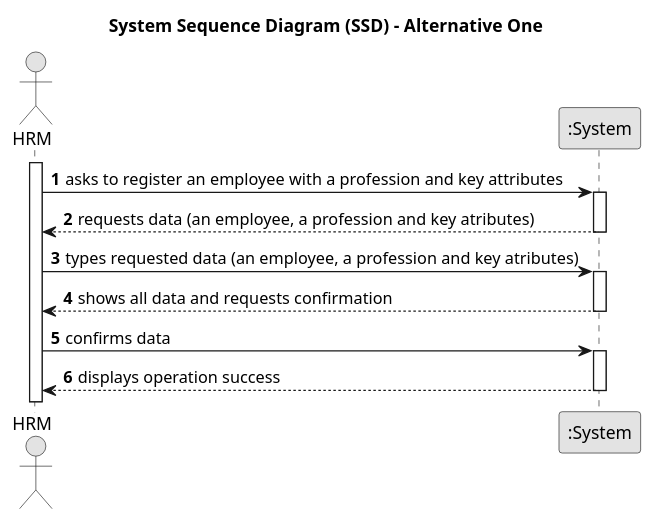
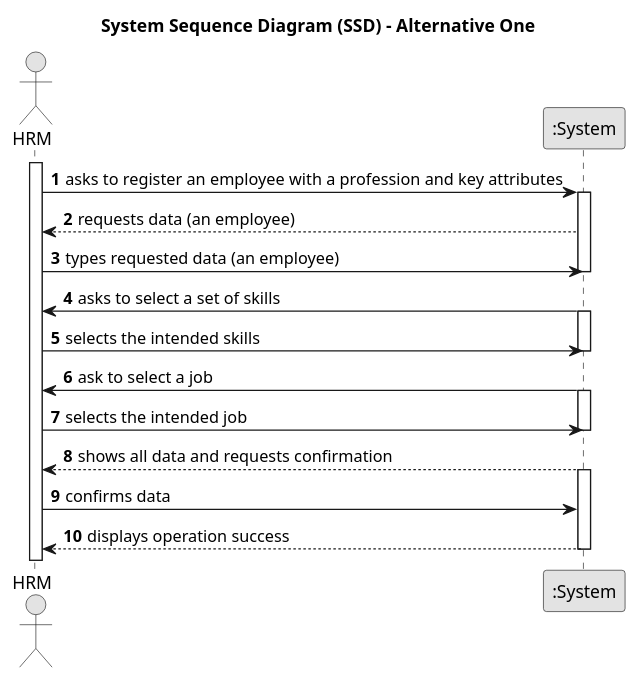
One commit to Departamento-de-Engenharia-Informatica/lei-24-s2-1df-1de-g063 changed the diagram in Sprint B/docs/SprintB/us003/01.requirements-engineering/puml/us003-system-sequence-diagram-alternative-one.puml. Above: the diagram before and after it, drawn with PlantUML. The commit also changed 3 other files, not shown here.

Commit message:
US03, 2 and 1 class diagram update

```diff
--- a/Sprint B/docs/SprintB/us003/01.requirements-engineering/puml/us003-system-sequence-diagram-alternative-one.puml
+++ b/Sprint B/docs/SprintB/us003/01.requirements-engineering/puml/us003-system-sequence-diagram-alternative-one.puml
@@ -1,34 +1,45 @@
 @startuml
 skinparam monochrome true
 skinparam packageStyle rectangle
 skinparam shadowing false
 
 title System Sequence Diagram (SSD) - Alternative One
 
 autonumber
 
 actor "HRM" as HRM
 participant ":System" as System
 
 activate HRM
 
     HRM -> System : asks to register an employee with a profession and key attributes
 
     activate System
 
-        System --> HRM : requests data (an employee, a profession and key atributes)
+        System --> HRM : requests data (an employee)
+
+    HRM -> System : types requested data (an employee)
     deactivate System
 
-    HRM -> System : types requested data (an employee, a profession and key atributes)
-    activate System
+
+    System -> HRM : asks to select a set of skills
+     activate System
+    HRM -> System : selects the intended skills
+    deactivate System
+
+
+
+    System -> HRM : ask to select a job
+       activate System
+    HRM -> System : selects the intended job
+    deactivate System
+
 
         System --> HRM : shows all data and requests confirmation
-    deactivate System
-
+    activate System
     HRM -> System : confirms data
-    activate System
 
         System --> HRM : displays operation success
     deactivate System
 
 @enduml
```
